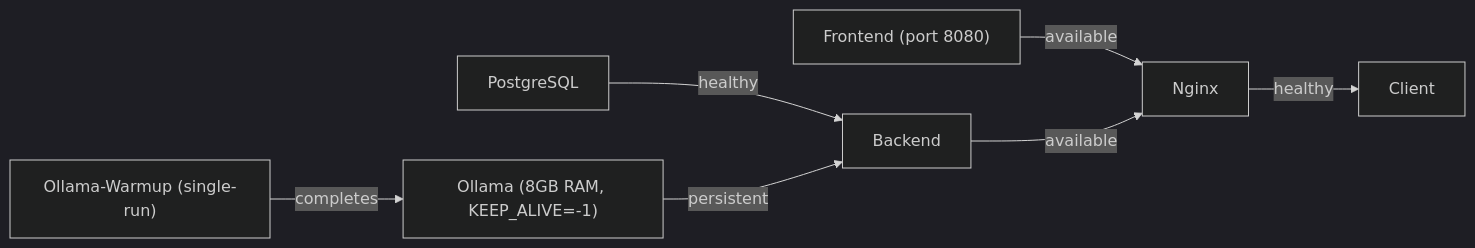
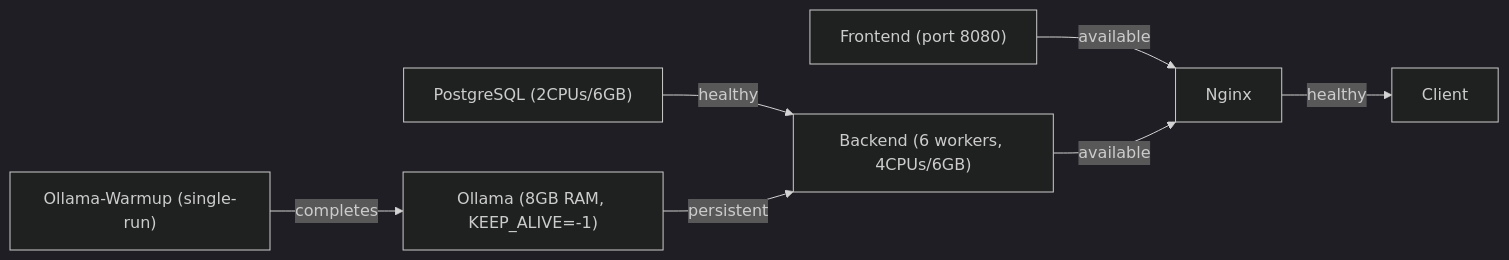
Before and after one commit to Revanththetalogics/aireume: the fifth of 5 diagrams in .qoder/repowiki/en/content/Deployment & DevOps/Production Deployment.md, drawn with Mermaid (dark theme). The commit also changed other lines of this file and 6 other files, not shown here.

````diff
--- a/.qoder/repowiki/en/content/Deployment & DevOps/Production Deployment.md
+++ b/.qoder/repowiki/en/content/Deployment & DevOps/Production Deployment.md
@@ -302,9 +306,9 @@
 ```mermaid
 graph LR
-PG["PostgreSQL"] -- "healthy" --> BE["Backend"]
+PG["PostgreSQL (2CPUs/6GB)"] -- "healthy" --> BE["Backend (6 workers, 4CPUs/6GB)"]
 OL["Ollama (8GB RAM, KEEP_ALIVE=-1)"] -- "persistent" --> BE
 FE["Frontend (port 8080)"] -- "available" --> NX["Nginx"]
 BE -- "available" --> NX
 WU["Ollama-Warmup (single-run)"] -- "completes" --> OL
 NX -- "healthy" --> CL["Client"]
 ```
````
